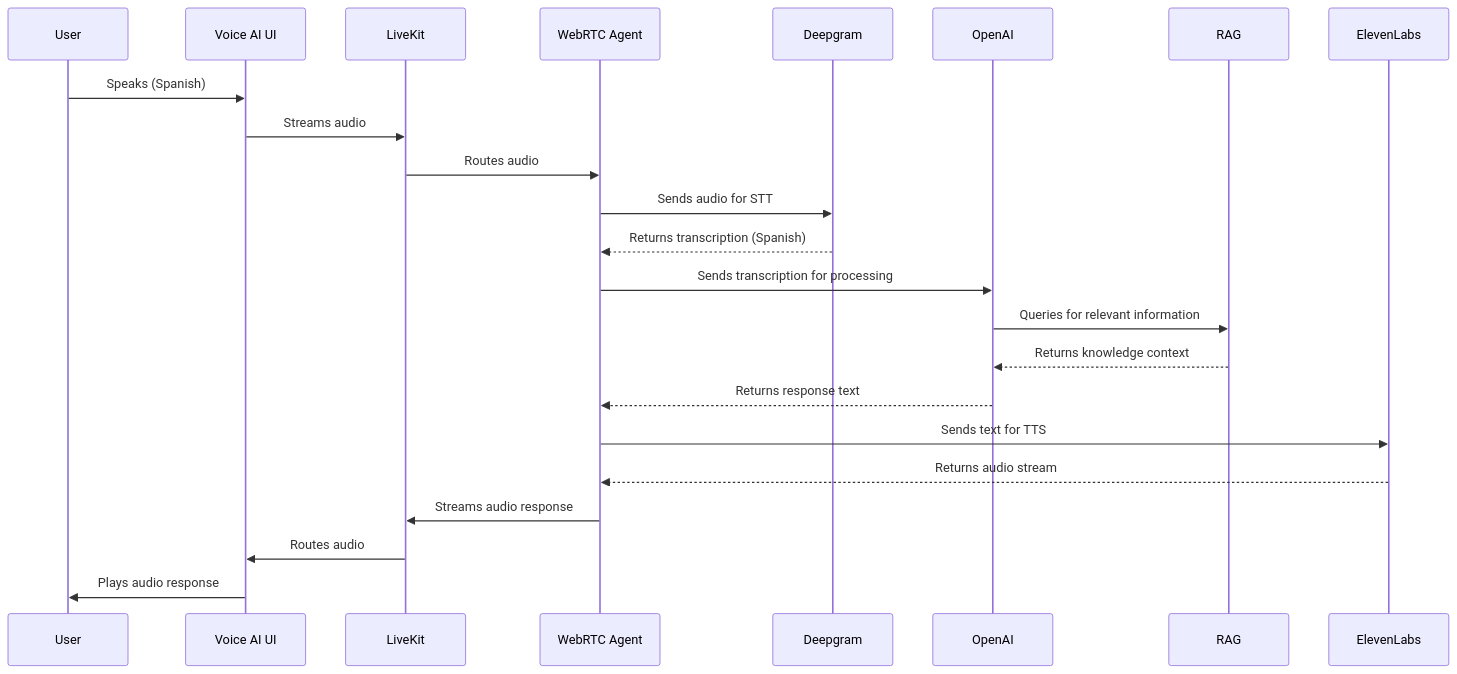
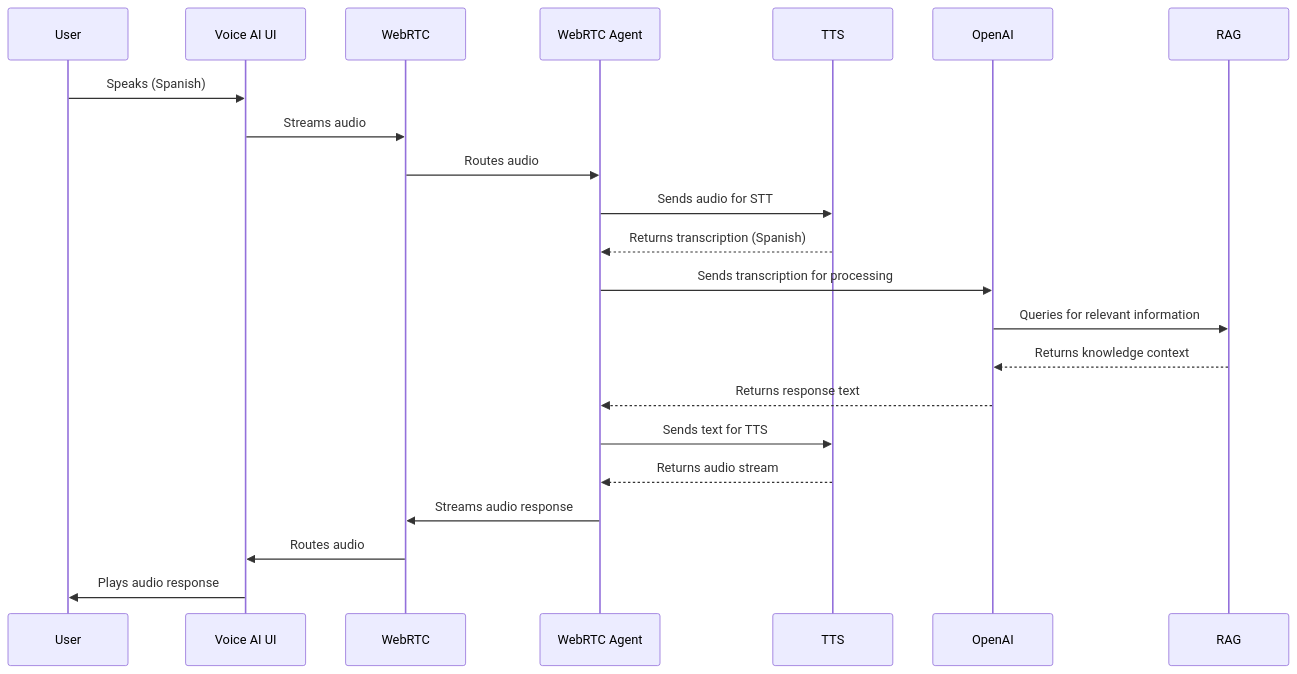
One commit to geniaops/TainaDocs changed the second of 3 diagrams in docs/architecture/integration/2.5_System_Integration.md. Above: the diagram before and after it, drawn with Mermaid. The commit also changed other lines of this file and 17 other files, not shown here.

````diff
--- a/docs/architecture/integration/2.5_System_Integration.md
+++ b/docs/architecture/integration/2.5_System_Integration.md
@@ -161,26 +161,26 @@
 ```mermaid
 sequenceDiagram
     participant User
     participant Frontend as Voice AI UI
-    participant LiveKit
+    participant WebRTC
     participant Backend as WebRTC Agent
-    participant Deepgram
+    participant TTS
     participant OpenAI
     participant RAG
-    participant ElevenLabs
+    participant TTS
     
     User->>Frontend: Speaks (Spanish)
-    Frontend->>LiveKit: Streams audio
-    LiveKit->>Backend: Routes audio
-    Backend->>Deepgram: Sends audio for STT
-    Deepgram-->>Backend: Returns transcription (Spanish)
+    Frontend->>WebRTC: Streams audio
+    WebRTC->>Backend: Routes audio
+    Backend->>TTS: Sends audio for STT
+    TTS-->>Backend: Returns transcription (Spanish)
     Backend->>OpenAI: Sends transcription for processing
     OpenAI->>RAG: Queries for relevant information
     RAG-->>OpenAI: Returns knowledge context
     OpenAI-->>Backend: Returns response text
-    Backend->>ElevenLabs: Sends text for TTS
-    ElevenLabs-->>Backend: Returns audio stream
-    Backend->>LiveKit: Streams audio response
-    LiveKit->>Frontend: Routes audio
+    Backend->>TTS: Sends text for TTS
+    TTS-->>Backend: Returns audio stream
+    Backend->>WebRTC: Streams audio response
+    WebRTC->>Frontend: Routes audio
     Frontend->>User: Plays audio response
 ```
````
